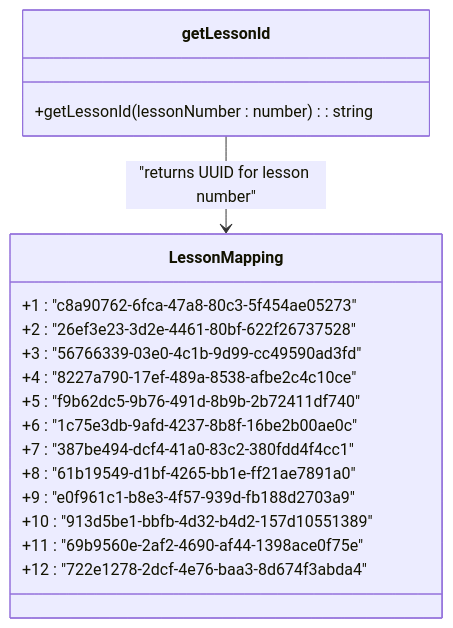
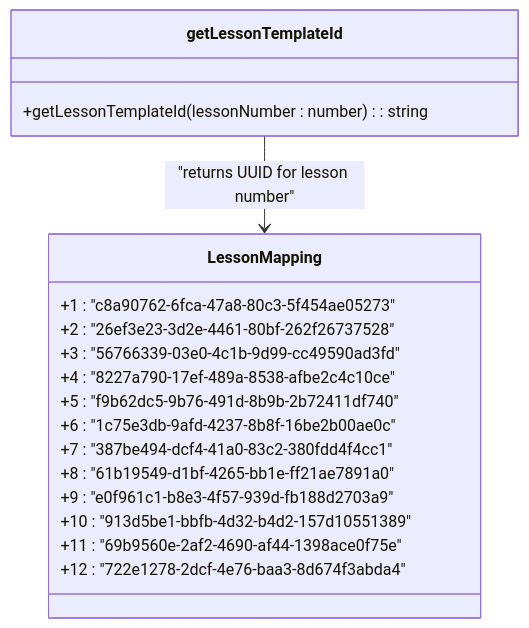
The second of 6 diagrams in .qoder/repowiki/en/content/Personalization Engine/Template Loading Strategy.md (lommaks777/pesonalisev2), drawn with Mermaid before and after one commit. The commit also changed other lines of this file and 16 other files, not shown here.

````diff
--- a/.qoder/repowiki/en/content/Personalization Engine/Template Loading Strategy.md
+++ b/.qoder/repowiki/en/content/Personalization Engine/Template Loading Strategy.md
@@ -62,21 +85,21 @@
 ```mermaid
 classDiagram
-class getLessonId {
-+getLessonId(lessonNumber : number) : string
+class getLessonTemplateId {
++getLessonTemplateId(lessonNumber : number) : string
 }
 class LessonMapping {
 +1 : "c8a90762-6fca-47a8-80c3-5f454ae05273"
-+2 : "26ef3e23-3d2e-4461-80bf-622f26737528"
++2 : "26ef3e23-3d2e-4461-80bf-262f26737528"
 +3 : "56766339-03e0-4c1b-9d99-cc49590ad3fd"
 +4 : "8227a790-17ef-489a-8538-afbe2c4c10ce"
 +5 : "f9b62dc5-9b76-491d-8b9b-2b72411df740"
 +6 : "1c75e3db-9afd-4237-8b8f-16be2b00ae0c"
 +7 : "387be494-dcf4-41a0-83c2-380fdd4f4cc1"
 +8 : "61b19549-d1bf-4265-bb1e-ff21ae7891a0"
 +9 : "e0f961c1-b8e3-4f57-939d-fb188d2703a9"
 +10 : "913d5be1-bbfb-4d32-b4d2-157d10551389"
 +11 : "69b9560e-2af2-4690-af44-1398ace0f75e"
 +12 : "722e1278-2dcf-4e76-baa3-8d674f3abda4"
 }
-getLessonId --> LessonMapping : "returns UUID for lesson number"
+getLessonTemplateId --> LessonMapping : "returns UUID for lesson number"
 ```
````
